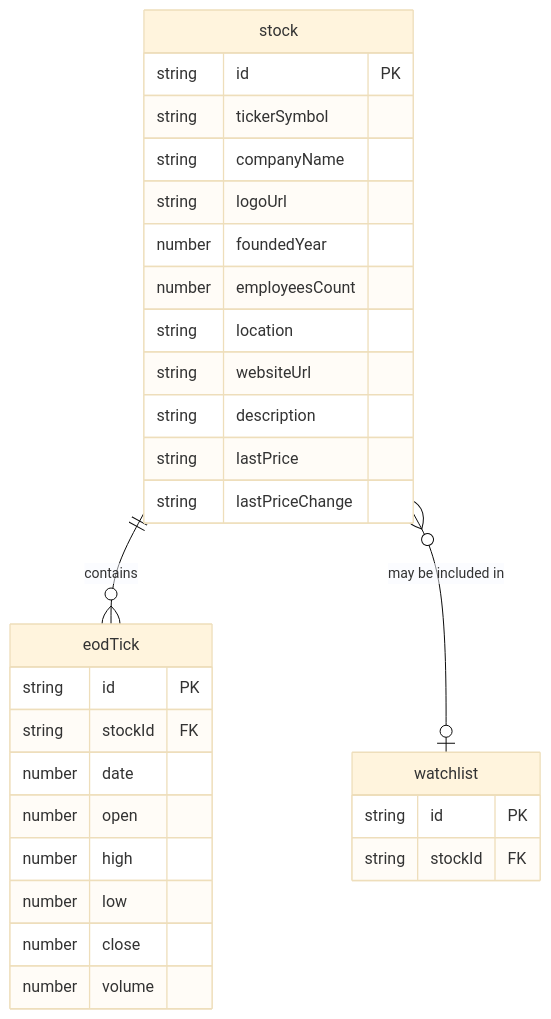
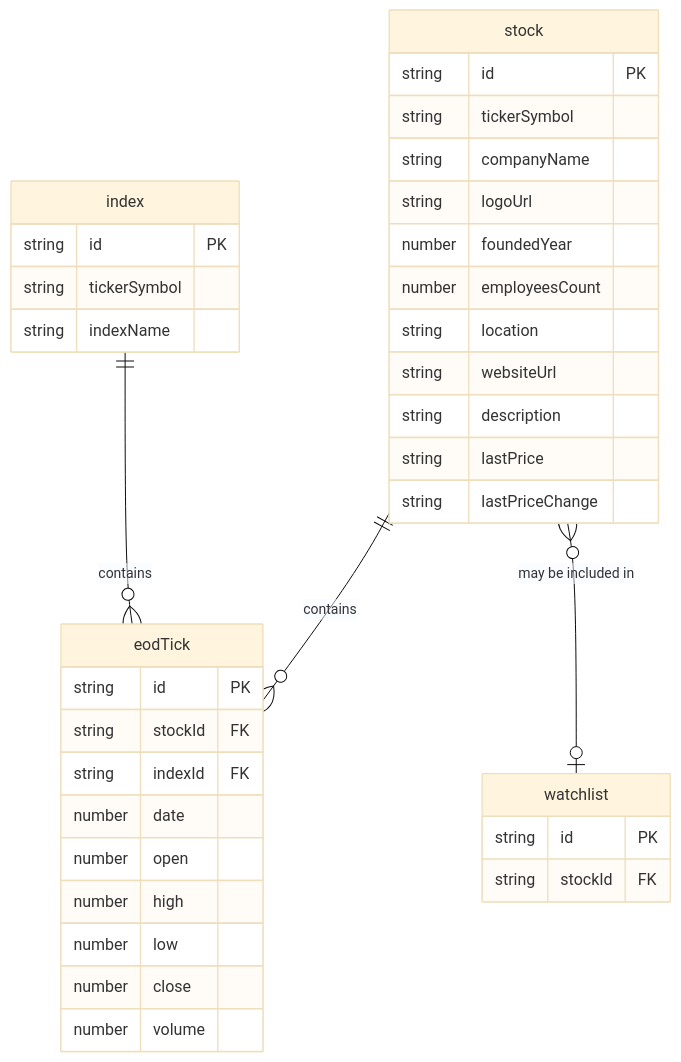
One commit to tiMtanic/asset-mate-react changed the diagram in README.md. Above: the diagram before and after it, drawn with Mermaid (base theme). The commit also changed other lines of this file and 7 other files, not shown here.

````diff
--- a/README.md
+++ b/README.md
@@ -11,32 +11,39 @@
 ```mermaid
 erDiagram
-    stock ||--o{ eodTick : contains
+    index ||--o{ eodTick : "contains"
+    index {
+      string id PK
+      string tickerSymbol
+      string indexName
+    }
+    stock ||--o{ eodTick : "contains"
     stock {
       string id PK
       string tickerSymbol
       string companyName
       string logoUrl
       number foundedYear
       number employeesCount
       string location
       string websiteUrl
       string description
       string lastPrice
       string lastPriceChange
     }
     eodTick {
       string id PK
       string stockId FK
+      string indexId FK
       number date
       number open
       number high
       number low
       number close
       number volume
     }
     stock }o--o| watchlist : "may be included in"
     watchlist {
       string id PK
       string stockId FK
     }
 ```
````
